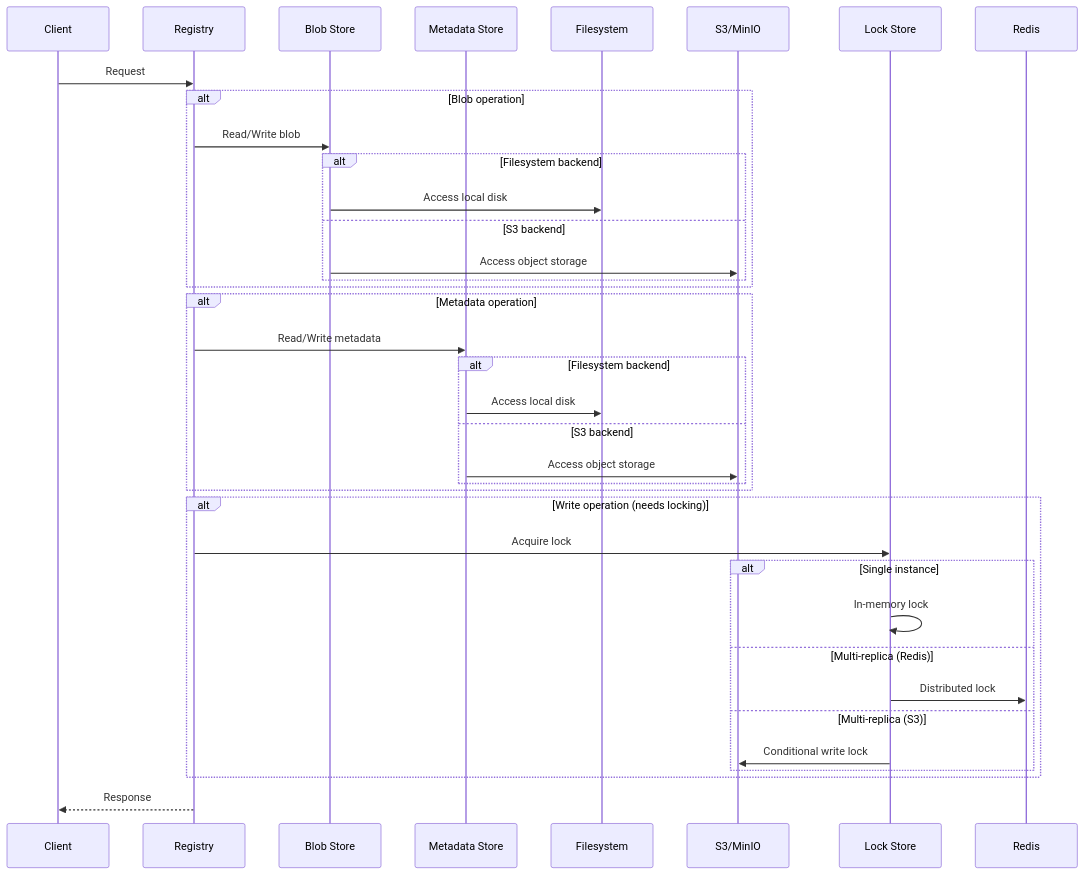
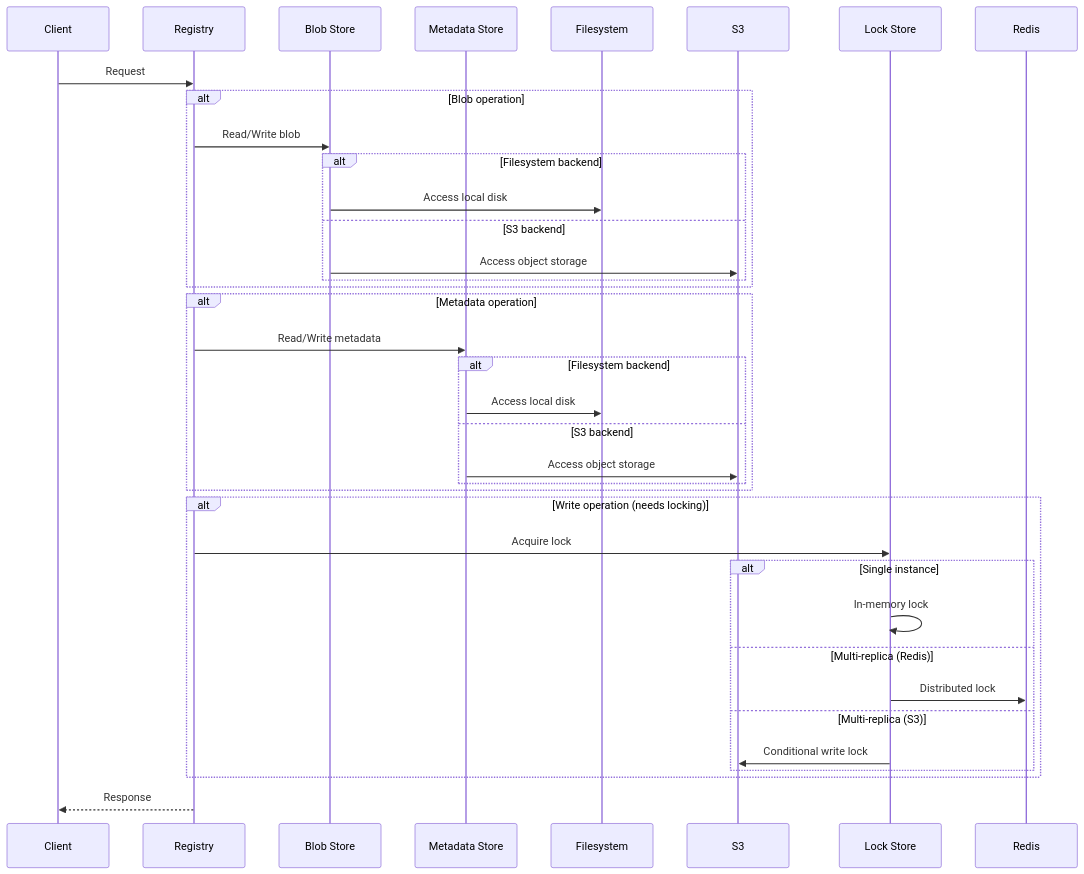
One commit to project-angos/angos changed the first of 3 diagrams in doc/explanation/storage-backends.md. Above: the diagram before and after it, drawn with Mermaid. The commit also changed other lines of this file and 17 other files, not shown here.

````diff
--- a/doc/explanation/storage-backends.md
+++ b/doc/explanation/storage-backends.md
@@ -14,44 +14,44 @@
 ```mermaid
 sequenceDiagram
     participant Client
     participant Registry
     participant BlobStore as Blob Store
     participant MetaStore as Metadata Store
     participant FS as Filesystem
-    participant S3 as S3/MinIO
+    participant S3 as S3
     participant Lock as Lock Store
     participant Redis
 
     Client->>Registry: Request
 
     alt Blob operation
         Registry->>BlobStore: Read/Write blob
         alt Filesystem backend
             BlobStore->>FS: Access local disk
         else S3 backend
             BlobStore->>S3: Access object storage
         end
     end
 
     alt Metadata operation
         Registry->>MetaStore: Read/Write metadata
         alt Filesystem backend
             MetaStore->>FS: Access local disk
         else S3 backend
             MetaStore->>S3: Access object storage
         end
     end
 
     alt Write operation (needs locking)
         Registry->>Lock: Acquire lock
         alt Single instance
             Lock->>Lock: In-memory lock
         else Multi-replica (Redis)
             Lock->>Redis: Distributed lock
         else Multi-replica (S3)
             Lock->>S3: Conditional write lock
         end
     end
 
     Registry-->>Client: Response
 ```
````
